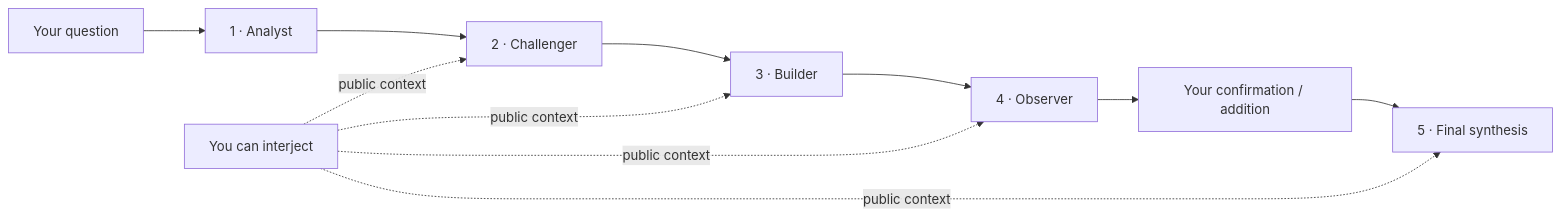
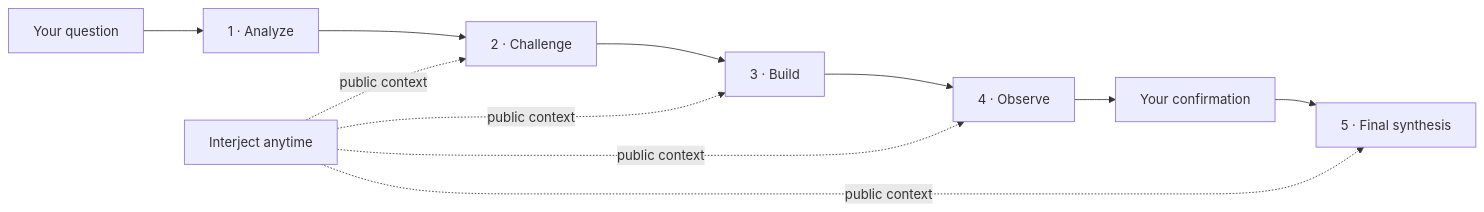
Before and after one commit to loveramarois-byte/council-lab: the diagram in README.en.md, drawn with Mermaid. The commit also changed other lines of this file and 92 other files, not shown here.

````diff
--- a/README.en.md
+++ b/README.en.md
@@ -47,13 +46,13 @@
 ```mermaid
 flowchart LR
-    Q["Your question"] --> A["1 · Analyst"]
-    A --> B["2 · Challenger"]
-    B --> C["3 · Builder"]
-    C --> D["4 · Observer"]
-    D --> H["Your confirmation / addition"]
-    H --> S["5 · Final synthesis"]
-    U["You can interject"] -.public context.-> B
-    U -.public context.-> C
-    U -.public context.-> D
-    U -.public context.-> S
+    Q["Your question"] --> A["1 · Analyze"]
+    A --> C["2 · Challenge"]
+    C --> B["3 · Build"]
+    B --> O["4 · Observe"]
+    O --> H["Your confirmation"]
+    H --> F["5 · Final synthesis"]
+    U["Interject anytime"] -.public context.-> C
+    U -.public context.-> B
+    U -.public context.-> O
+    U -.public context.-> F
 ```
````
